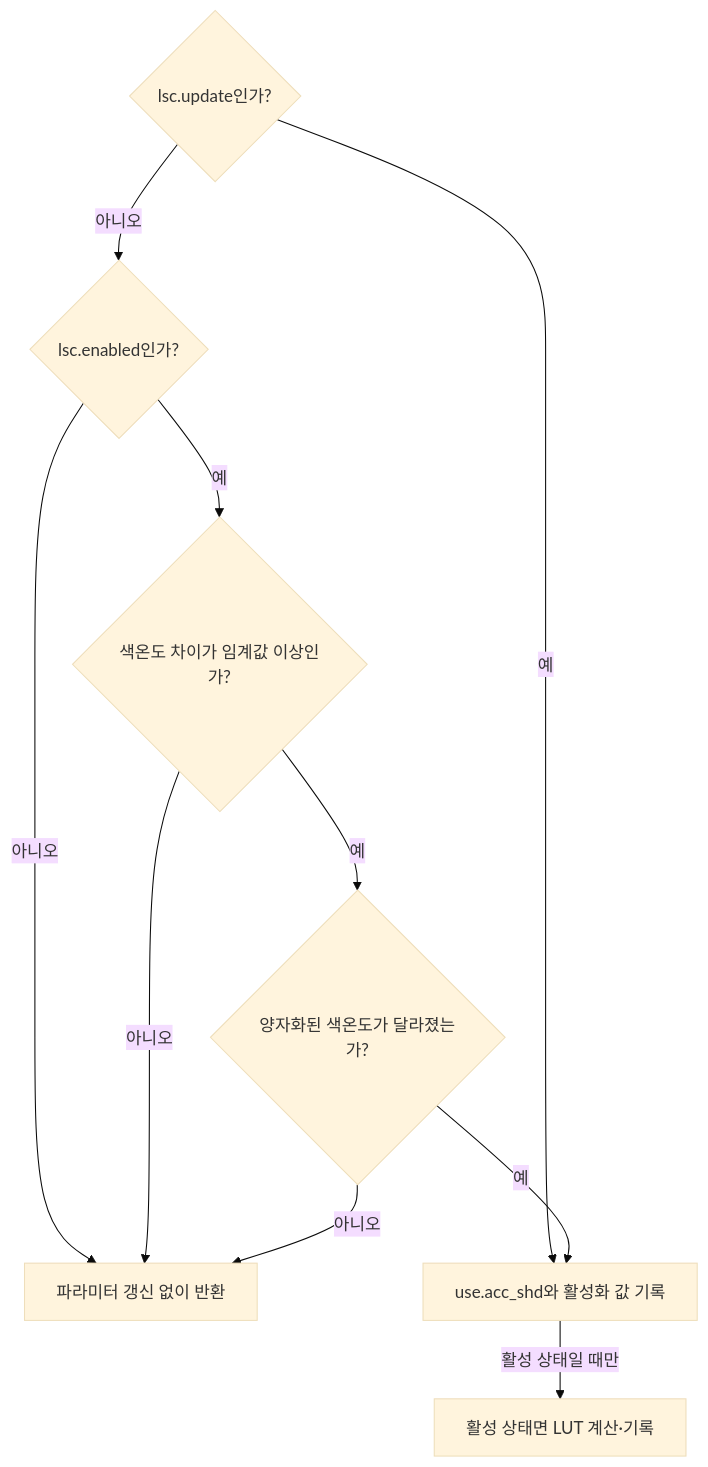
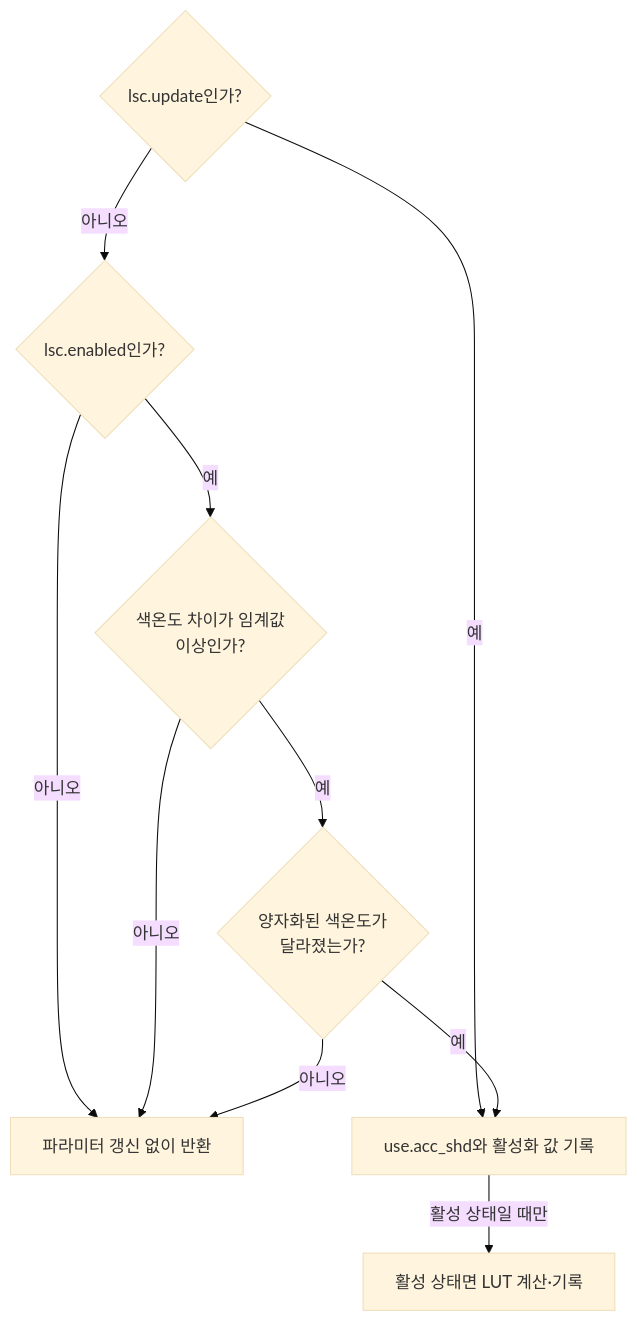
Before and after one commit to TTolsun/libcamera-sdd: the second of 3 diagrams in docs/ipu3-lsc-flow.md, drawn with Mermaid (base theme). The commit also changed other lines of this file and 125 other files, not shown here.

````diff
--- a/docs/ipu3-lsc-flow.md
+++ b/docs/ipu3-lsc-flow.md
@@ -101,20 +116,20 @@
 ```mermaid
 flowchart TB
-%% sdd:translations {"lsc.enabled인가?": "lsc.enabled?", "lsc.update인가?": "lsc.update?", "use.acc_shd와 활성화 값 기록": "Write use.acc_shd and enable flag", "색온도 차이가 임계값 이상인가?": "Colour-temperature difference reaches threshold?", "아니오": "No", "양자화된 색온도가 달라졌는가?": "Quantized temperature changed?", "예": "Yes", "파라미터 갱신 없이 반환": "Return without updating parameters", "활성 상태면 LUT 계산·기록": "Compute and write LUT when enabled", "활성 상태일 때만": "Only when enabled"}
+%% sdd:translations {"lsc.enabled인가?": "lsc.enabled?", "lsc.update인가?": "lsc.update?", "use.acc_shd와 활성화 값 기록": "Write use.acc_shd and <br/>enable flag", "색온도 차이가 임계값 <br/>이상인가?": "Colour-temperature <br/>difference reaches <br/>threshold?", "아니오": "No", "양자화된 색온도가 <br/>달라졌는가?": "Quantized temperature <br/>changed?", "예": "Yes", "파라미터 갱신 없이 반환": "Return without updating <br/>parameters", "활성 상태면 LUT 계산·기록": "Compute and write LUT when <br/>enabled", "활성 상태일 때만": "Only when enabled"}
   v_update{"lsc.update인가?"}
   v_enabled{"lsc.enabled인가?"}
-  v_threshold{"색온도 차이가 임계값 이상인가?"}
-  v_quantized{"양자화된 색온도가 달라졌는가?"}
+  v_threshold{"색온도 차이가 임계값 <br/>이상인가?"}
+  v_quantized{"양자화된 색온도가 <br/>달라졌는가?"}
   v_skip["파라미터 갱신 없이 반환"]
   v_notify["use.acc_shd와 활성화 값 기록"]
   v_lut["활성 상태면 LUT 계산·기록"]
   v_update -->|"예"| v_notify
   v_update -->|"아니오"| v_enabled
   v_enabled -->|"아니오"| v_skip
   v_enabled -->|"예"| v_threshold
   v_threshold -->|"아니오"| v_skip
   v_threshold -->|"예"| v_quantized
   v_quantized -->|"아니오"| v_skip
   v_quantized -->|"예"| v_notify
   v_notify -->|"활성 상태일 때만"| v_lut
 ```
````
